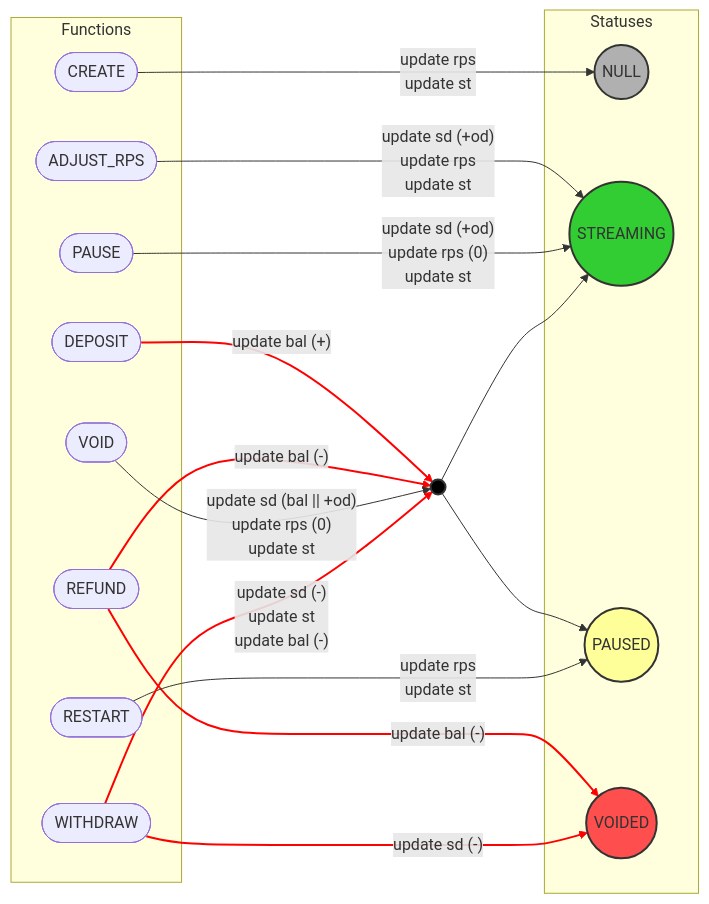
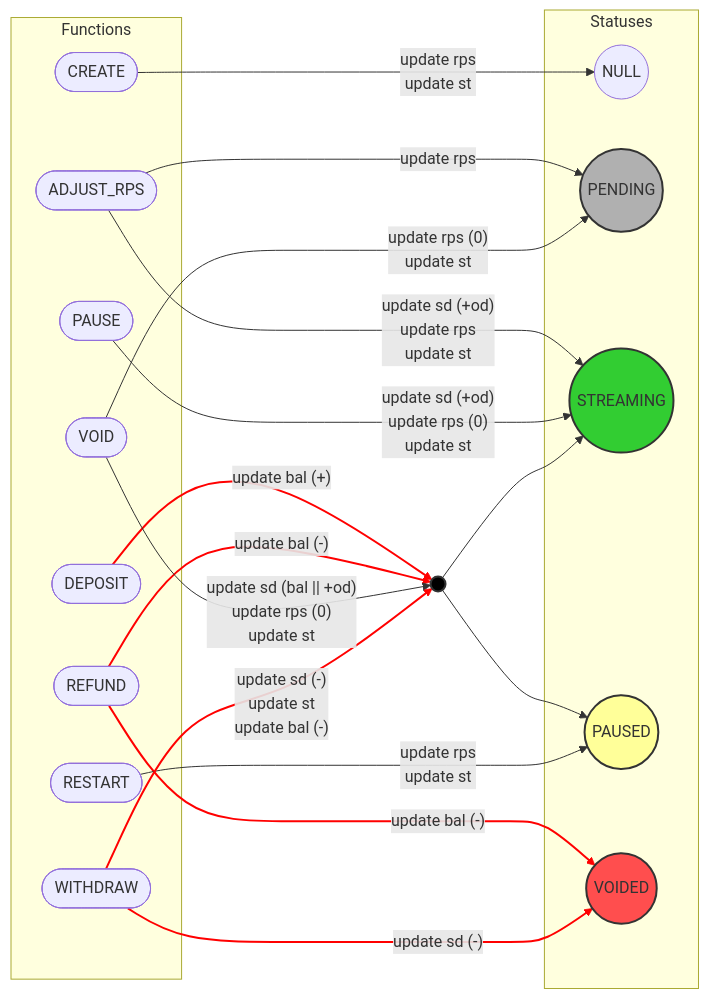
One commit to sablier-labs/lockup changed the second of 8 diagrams in DIAGRAMS.md. Above: the diagram before and after it, drawn with Mermaid. The commit also changed other lines of this file and 40 other files, not shown here.

````diff
--- a/DIAGRAMS.md
+++ b/DIAGRAMS.md
@@ -75,51 +81,54 @@
 ```mermaid
 flowchart LR
     subgraph Statuses
-        NULL((NULL)):::grey
+        NULL((NULL))
+        PND((PENDING)):::grey
         STR((STREAMING)):::green
         PSED((PAUSED)):::yellow
         VOID((VOIDED)):::red
     end
 
     subgraph Functions
         CR([CREATE])
         ADJRPS([ADJUST_RPS])
         DP([DEPOSIT])
         PS([PAUSE])
         RST([RESTART])
         VD([VOID])
         RFD([REFUND])
         WTD([WITHDRAW])
     end
 
     BOTH((  )):::black
 
 
     classDef black fill:#000000,stroke:#333,stroke-width:2px;
     classDef green fill:#32cd32,stroke:#333,stroke-width:2px;
     classDef grey fill:#b0b0b0,stroke:#333,stroke-width:2px;
     classDef yellow fill:#ffff99,stroke:#333,stroke-width:2px;
     classDef red fill:#ff4e4e,stroke:#333,stroke-width:2px;
 
     CR -- "update rps<br/>update st" --> NULL
 
+    ADJRPS -- "update rps" --> PND
     ADJRPS -- "update sd (+od)<br/>update rps<br/>update st" -->  STR
 
     DP -- "update bal (+)" --> BOTH
 
     RFD -- "update bal (-)" --> BOTH
     RFD -- "update bal (-)" --> VOID
 
     PS -- "update sd (+od)<br/>update rps (0)<br/>update st" --> STR
 
     BOTH --> STR & PSED
 
     RST -- "update rps<br/>update st" --> PSED
 
+    VD -- "update rps (0)<br/>update st" --> PND
     VD -- "update sd (bal || +od)<br/>update rps (0)<br/>update st" --> BOTH
 
     WTD -- "update sd (-)<br/>update st<br/>update bal (-)" --> BOTH
     WTD -- "update sd (-)" --> VOID
 
-    linkStyle 2,3,4,10,11 stroke:#ff0000,stroke-width:2px
+    linkStyle 3,4,5,12,13 stroke:#ff0000,stroke-width:2px
 ```
````
